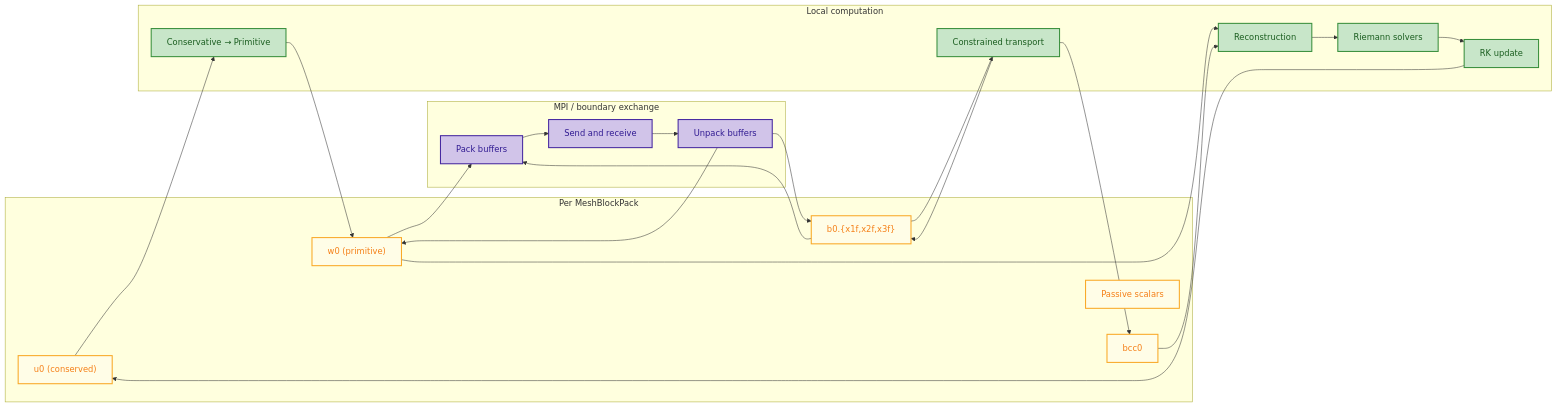
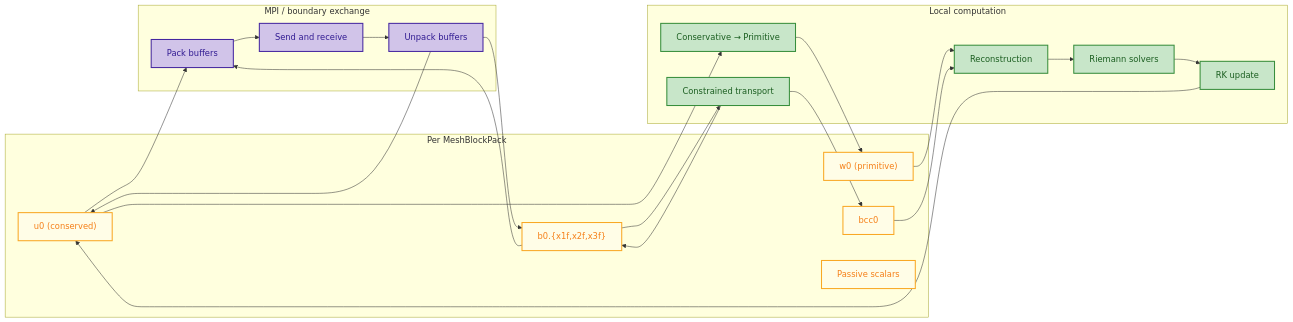
One commit to dfielding14/athenak changed the third of 3 diagrams in docs/source/flowcharts/system_architecture.md. Above: the diagram before and after it, drawn with Mermaid. The commit also changed other lines of this file and 56 other files, not shown here.

````diff
--- a/docs/source/flowcharts/system_architecture.md
+++ b/docs/source/flowcharts/system_architecture.md
@@ -202,54 +207,54 @@
 ```{mermaid}
 flowchart LR
     classDef data fill:#fffde7,stroke:#f9a825,stroke-width:2px,color:#f57f17;
     classDef compute fill:#c8e6c9,stroke:#388e3c,stroke-width:2px,color:#1b5e20;
     classDef comm fill:#d1c4e9,stroke:#4527a0,stroke-width:2px,color:#311b92;
 
     subgraph PACKDATA[Per MeshBlockPack]
         U0["u0 (conserved)"]
         W0["w0 (primitive)"]
         BFACE["b0.{x1f,x2f,x3f}"]
         BCC["bcc0"]
         SCALARS["Passive scalars"]
     end
     class U0,W0,BFACE,BCC,SCALARS data
 
     subgraph COMPUTE[Local computation]
         C2P[Conservative → Primitive]
         RECON[Reconstruction]
         RIEMANN[Riemann solvers]
         UPDATE[RK update]
         CT[Constrained transport]
     end
     class C2P,RECON,RIEMANN,UPDATE,CT compute
 
     subgraph COMM[MPI / boundary exchange]
         PACKBUF["Pack buffers"]
         EXCHANGE["Send and receive"]
         UNPACK["Unpack buffers"]
     end
     class PACKBUF,EXCHANGE,UNPACK comm
 
     U0 --> C2P
     C2P --> W0
     W0 --> RECON
     RECON --> RIEMANN
     RIEMANN --> UPDATE
     UPDATE --> U0
     BFACE --> CT
     CT --> BFACE
     CT --> BCC
     BCC --> RECON
 
-    W0 --> PACKBUF
+    U0 --> PACKBUF
     BFACE --> PACKBUF
     PACKBUF --> EXCHANGE
     EXCHANGE --> UNPACK
-    UNPACK --> W0
+    UNPACK --> U0
     UNPACK --> BFACE
 
     click RECON "../modules/reconstruction.html"
     click RIEMANN "../modules/riemann_solvers.html"
     click CT "../modules/mhd.html#constrained-transport"
     click EXCHANGE "../modules/boundaries.html"
 ```
````
